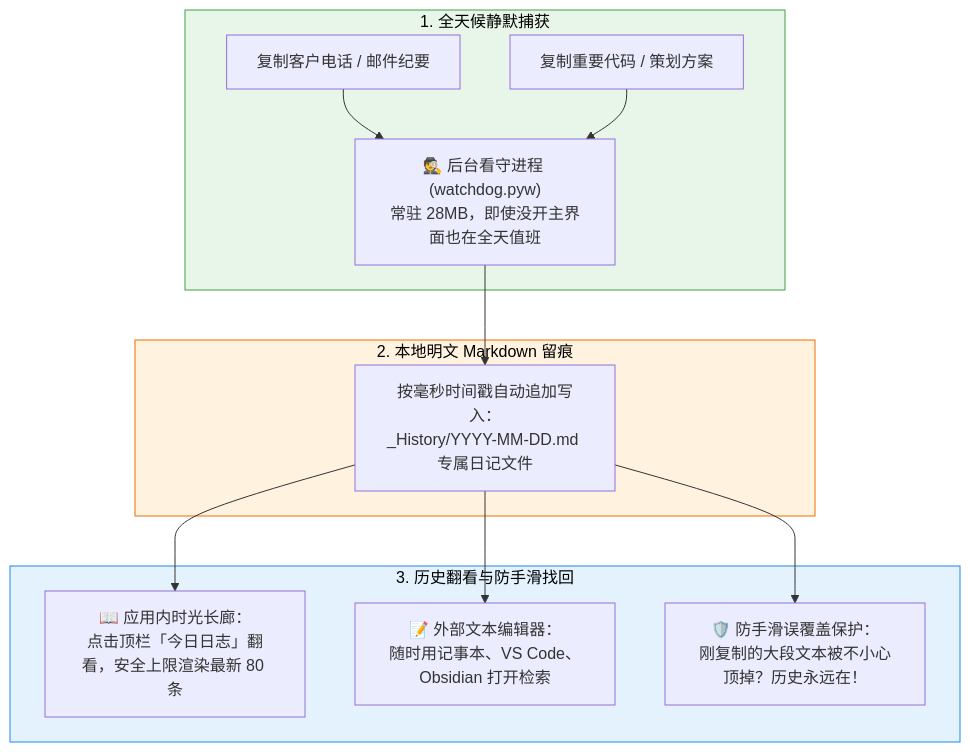
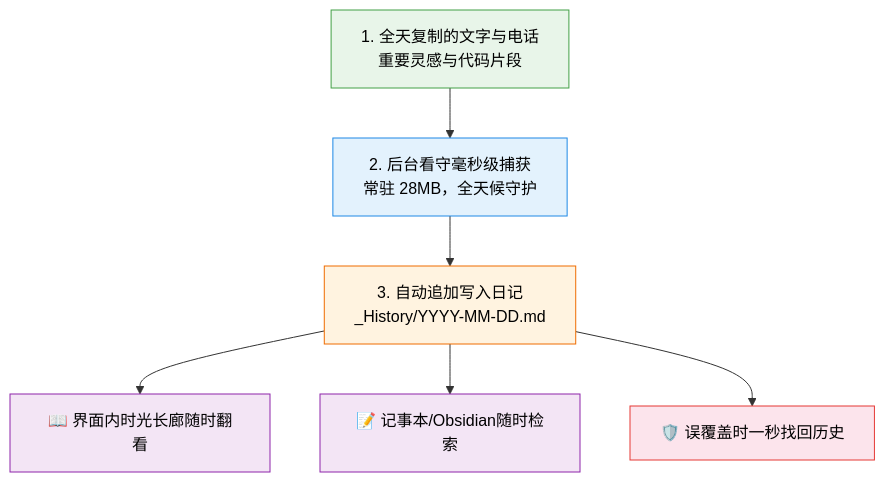
Before and after one commit to CatBoss-Paw/EasyClipboard: the fifth of 7 diagrams in README.md, drawn with Mermaid. The commit also changed other lines of this file, not shown here.

Commit message:
fix(docs): 全面重构所有Mermaid图为紧凑纵向流，短行规整换行，彻底根除横向挤压与文字截断

````diff
--- a/README.md
+++ b/README.md
@@ -217,21 +160,15 @@
 ```mermaid
 graph TD
-    subgraph CAPTURE ["1. 全天候静默捕获"]
-        C1["复制客户电话 / 邮件纪要"] --> BG["🕵️ 后台看守进程 (watchdog.pyw)<br/>常驻 28MB，即使没开主界面也在全天值班"]
-        C2["复制重要代码 / 策划方案"] --> BG
-    end
+    A["1. 全天复制的文字与电话<br/>重要灵感与代码片段"] --> B["2. 后台看守毫秒级捕获<br/>常驻 28MB，全天候守护"]
+    B --> C["3. 自动追加写入日记<br/>_History/YYYY-MM-DD.md"]
+    C --> D1["📖 界面内时光长廊随时翻看"]
+    C --> D2["📝 记事本/Obsidian随时检索"]
+    C --> D3["🛡️ 误覆盖时一秒找回历史"]
 
-    subgraph JOURNAL_FILE ["2. 本地明文 Markdown 留痕"]
-        BG --> APPEND["按毫秒时间戳自动追加写入：<br/>_History/YYYY-MM-DD.md 专属日记文件"]
-    end
-
-    subgraph RECOVERY ["3. 历史翻看与防手滑找回"]
-        APPEND --> VIEW1["📖 应用内时光长廊：<br/>点击顶栏「今日日志」翻看，安全上限渲染最新 80 条"]
-        APPEND --> VIEW2["📝 外部文本编辑器：<br/>随时用记事本、VS Code、Obsidian 打开检索"]
-        APPEND --> VIEW3["🛡️ 防手滑误覆盖保护：<br/>刚复制的大段文本被不小心顶掉？历史永远在！"]
-    end
-
-    style CAPTURE fill:#e8f5e9,stroke:#43a047,color:#000
-    style JOURNAL_FILE fill:#fff3e0,stroke:#ef6c00,color:#000
-    style RECOVERY fill:#e3f2fd,stroke:#1e88e5,color:#000
+    style A fill:#e8f5e9,stroke:#43a047,color:#000
+    style B fill:#e3f2fd,stroke:#1e88e5,color:#000
+    style C fill:#fff3e0,stroke:#ef6c00,color:#000
+    style D1 fill:#f3e5f5,stroke:#8e24aa,color:#000
+    style D2 fill:#f3e5f5,stroke:#8e24aa,color:#000
+    style D3 fill:#fce4ec,stroke:#e53935,color:#000
 ```
````
